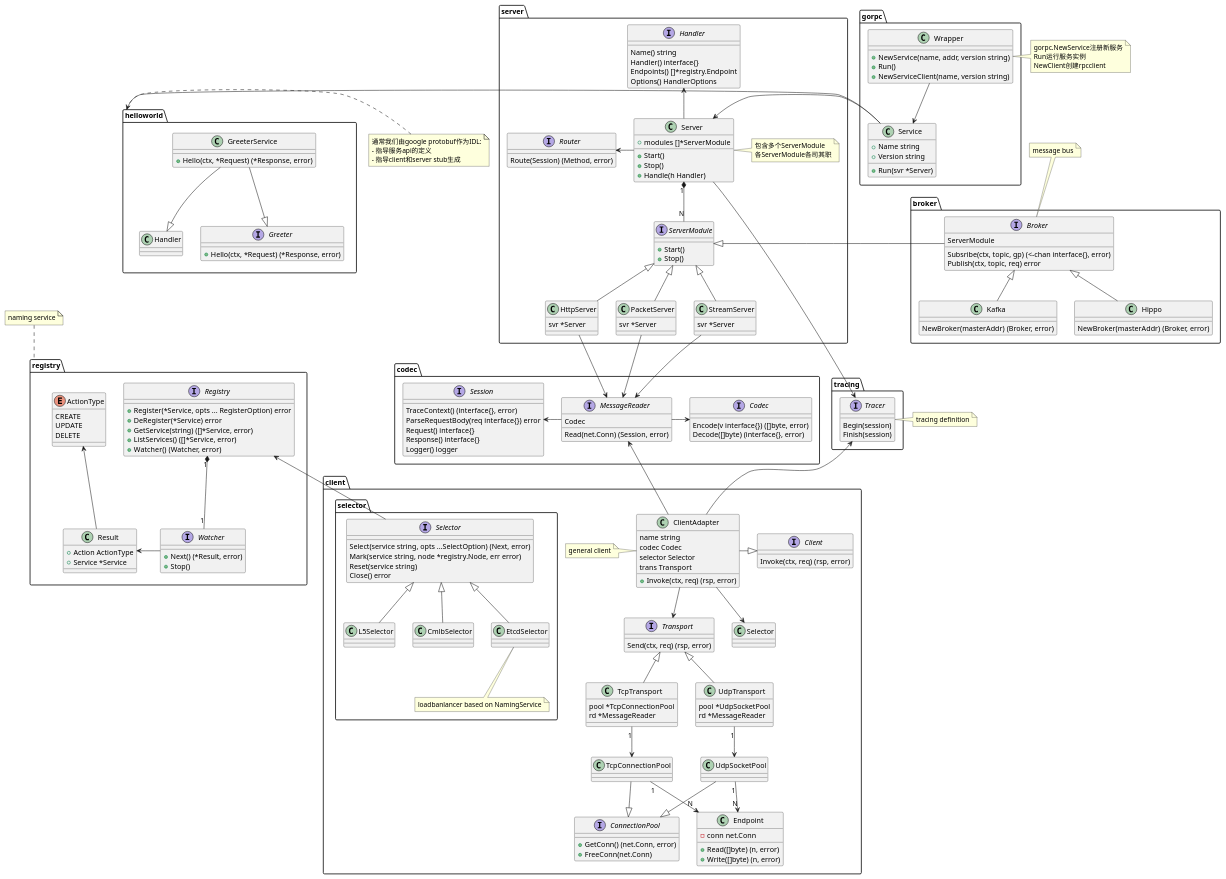
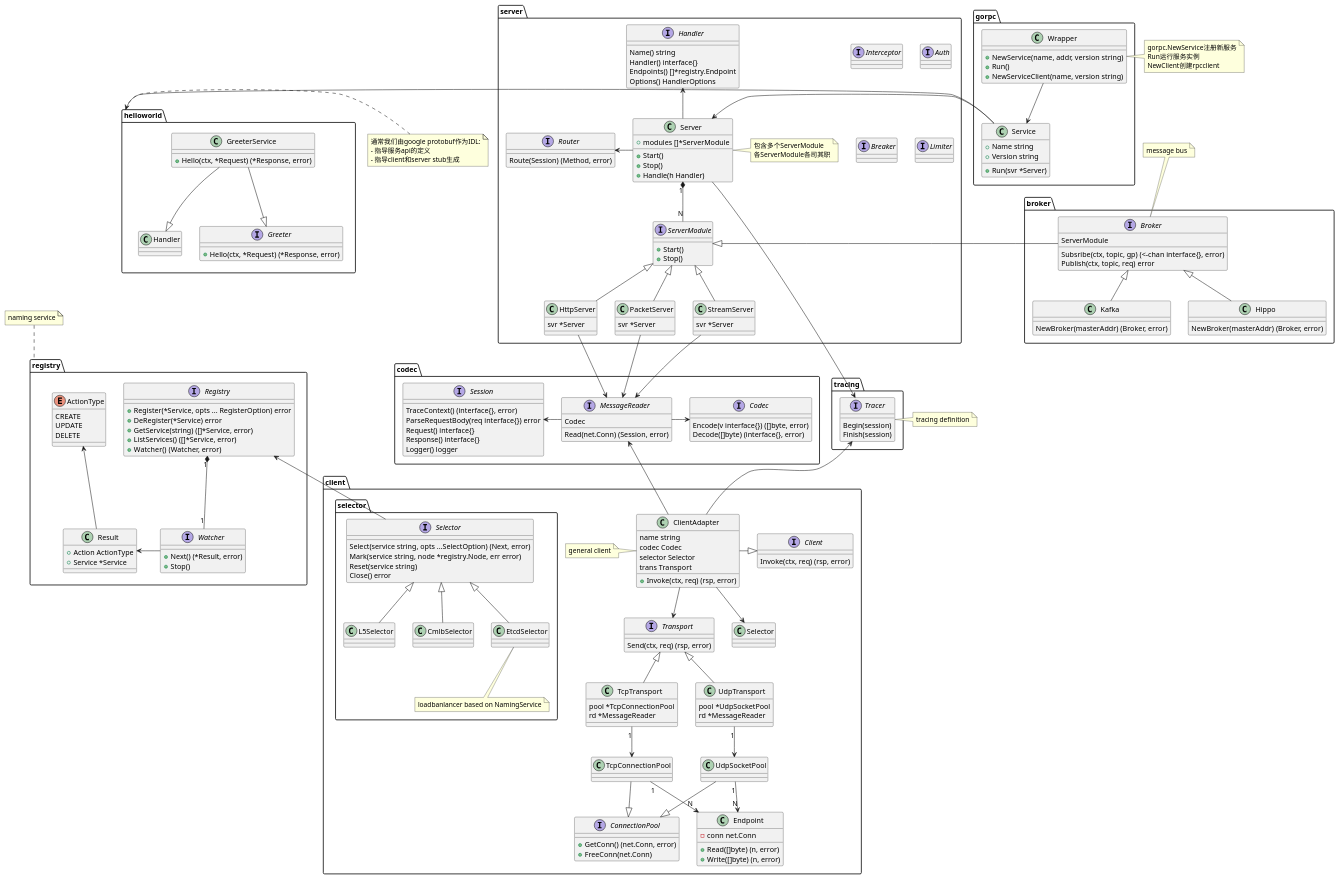
Before and after one commit to hitzhangjie/gorpc: the diagram in doc/arch.puml, drawn with PlantUML. The commit also changed 1 other file, not shown here.

```diff
--- a/doc/arch.puml
+++ b/doc/arch.puml
@@ -17,6 +17,7 @@
     - 指导服务api的定义
     - 指导client和server stub生成
 end note
+
 
 package "server" {
 
@@ -66,6 +67,16 @@
         Route(Session) (Method, error)
     }
     Server -left-> Router
+
+    interface Interceptor {
+    }
+    interface Auth {
+    }
+    interface Breaker {
+    }
+    interface Limiter {
+    }
+
 }
 
 package "codec" {
```
